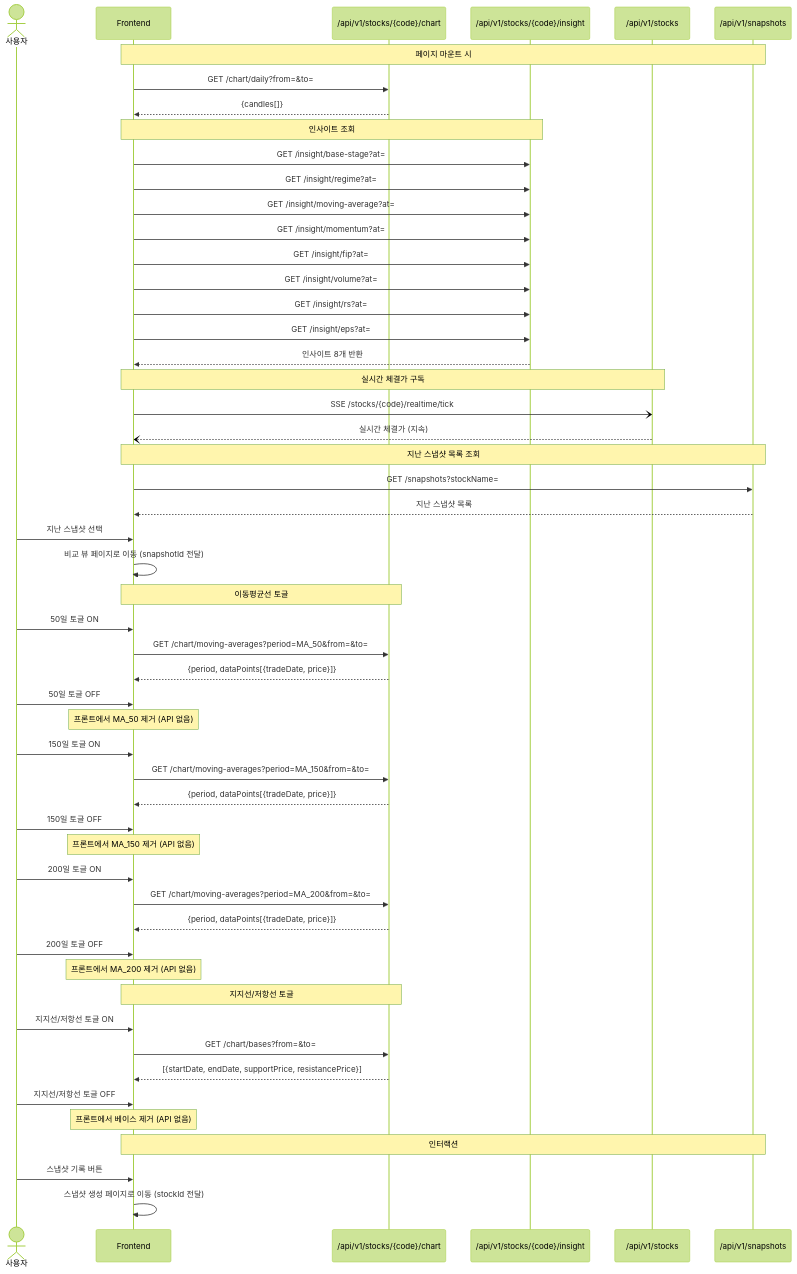
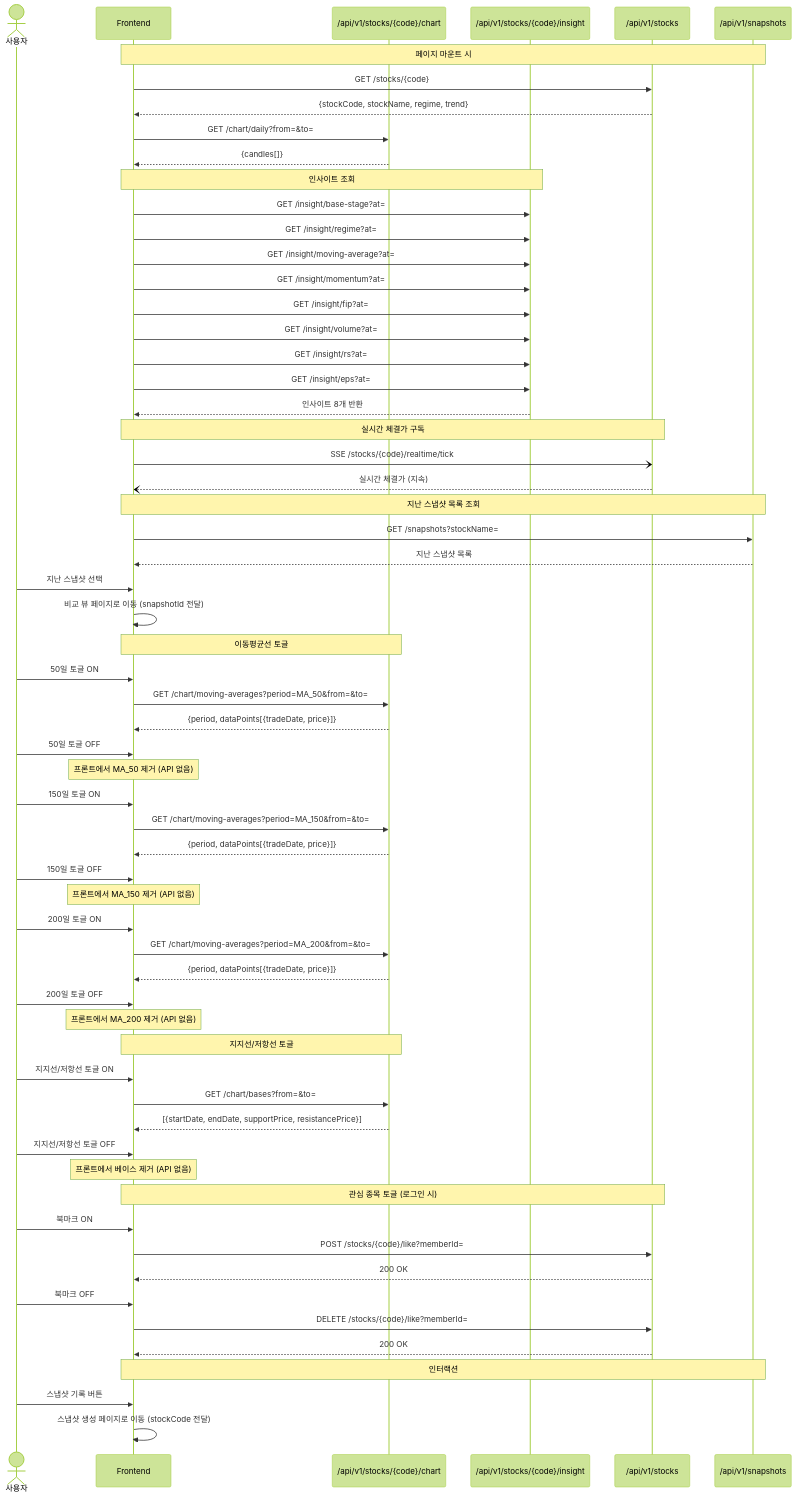
Before and after one commit to Burning-In/backend: the fourth of 7 diagrams in docs/시퀀스 다이어그램.md, drawn with Mermaid (forest theme). The commit also changed other lines of this file, not shown here.

Commit message:
docs: 시퀀스 다이어그램 보완

````diff
--- a/docs/시퀀스 다이어그램.md
+++ b/docs/시퀀스 다이어그램.md
@@ -141,64 +151,74 @@
 ```mermaid
 sequenceDiagram
     actor U as 사용자
     participant FE as Frontend
     participant CHART as /api/v1/stocks/{code}/chart
     participant INSIGHT as /api/v1/stocks/{code}/insight
     participant STOCK as /api/v1/stocks
     participant SNAP as /api/v1/snapshots
 
     Note over FE,SNAP: 페이지 마운트 시
+    FE->>STOCK: GET /stocks/{code}
+    STOCK-->>FE: {stockCode, stockName, regime, trend}
     FE->>CHART: GET /chart/daily?from=&to=
     CHART-->>FE: {candles[]}
 
     Note over FE,INSIGHT: 인사이트 조회
     FE->>INSIGHT: GET /insight/base-stage?at=
     FE->>INSIGHT: GET /insight/regime?at=
     FE->>INSIGHT: GET /insight/moving-average?at=
     FE->>INSIGHT: GET /insight/momentum?at=
     FE->>INSIGHT: GET /insight/fip?at=
     FE->>INSIGHT: GET /insight/volume?at=
     FE->>INSIGHT: GET /insight/rs?at=
     FE->>INSIGHT: GET /insight/eps?at=
     INSIGHT-->>FE: 인사이트 8개 반환
 
     Note over FE,STOCK: 실시간 체결가 구독
     FE-)STOCK: SSE /stocks/{code}/realtime/tick
     STOCK--)FE: 실시간 체결가 (지속)
 
     Note over FE,SNAP: 지난 스냅샷 목록 조회
     FE->>SNAP: GET /snapshots?stockName=
     SNAP-->>FE: 지난 스냅샷 목록
     U->>FE: 지난 스냅샷 선택
     FE->>FE: 비교 뷰 페이지로 이동 (snapshotId 전달)
 
     Note over FE,CHART: 이동평균선 토글
     U->>FE: 50일 토글 ON
     FE->>CHART: GET /chart/moving-averages?period=MA_50&from=&to=
     CHART-->>FE: {period, dataPoints[{tradeDate, price}]}
     U->>FE: 50일 토글 OFF
     Note over FE: 프론트에서 MA_50 제거 (API 없음)
 
     U->>FE: 150일 토글 ON
     FE->>CHART: GET /chart/moving-averages?period=MA_150&from=&to=
     CHART-->>FE: {period, dataPoints[{tradeDate, price}]}
     U->>FE: 150일 토글 OFF
     Note over FE: 프론트에서 MA_150 제거 (API 없음)
 
     U->>FE: 200일 토글 ON
     FE->>CHART: GET /chart/moving-averages?period=MA_200&from=&to=
     CHART-->>FE: {period, dataPoints[{tradeDate, price}]}
     U->>FE: 200일 토글 OFF
     Note over FE: 프론트에서 MA_200 제거 (API 없음)
 
     Note over FE,CHART: 지지선/저항선 토글
     U->>FE: 지지선/저항선 토글 ON
     FE->>CHART: GET /chart/bases?from=&to=
     CHART-->>FE: [{startDate, endDate, supportPrice, resistancePrice}]
     U->>FE: 지지선/저항선 토글 OFF
     Note over FE: 프론트에서 베이스 제거 (API 없음)
 
+    Note over FE,STOCK: 관심 종목 토글 (로그인 시)
+    U->>FE: 북마크 ON
+    FE->>STOCK: POST /stocks/{code}/like?memberId=
+    STOCK-->>FE: 200 OK
+    U->>FE: 북마크 OFF
+    FE->>STOCK: DELETE /stocks/{code}/like?memberId=
+    STOCK-->>FE: 200 OK
+
     Note over FE,SNAP: 인터랙션
     U->>FE: 스냅샷 기록 버튼
-    FE->>FE: 스냅샷 생성 페이지로 이동 (stockId 전달)
+    FE->>FE: 스냅샷 생성 페이지로 이동 (stockCode 전달)
 ```
````
